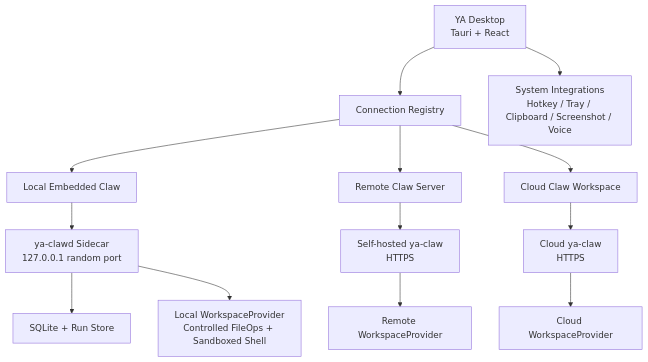
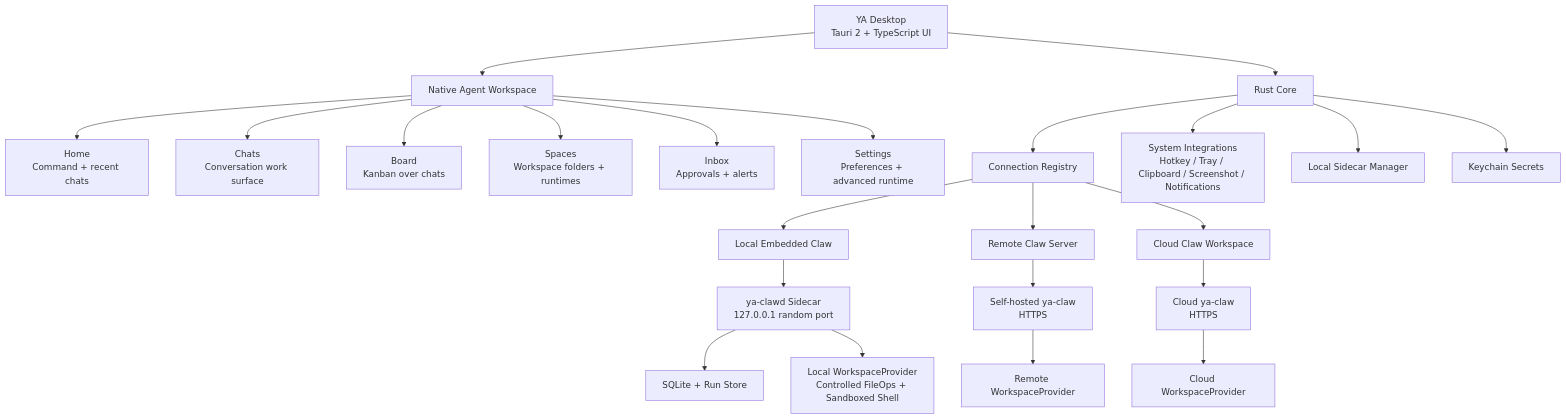
Before and after one commit to Alexsu26/ya-mono: the first of 2 diagrams in apps/ya-desktop/spec/00-overview.md, drawn with Mermaid. The commit also changed other lines of this file and 49 other files, not shown here.

First line of the commit message:
feat(desktop): add Tauri desktop app (#192)

````diff
--- a/apps/ya-desktop/spec/00-overview.md
+++ b/apps/ya-desktop/spec/00-overview.md
@@ -19,20 +23,31 @@
 ```mermaid
 flowchart TB
-    Desktop[YA Desktop<br/>Tauri + React] --> Registry[Connection Registry]
+    Desktop[YA Desktop<br/>Tauri 2 + TypeScript UI] --> Product[Native Agent Workspace]
+    Desktop --> RustCore[Rust Core]
+
+    Product --> Home[Home<br/>Command + recent chats]
+    Product --> Chats[Chats<br/>Conversation work surface]
+    Product --> Board[Board<br/>Kanban over chats]
+    Product --> Spaces[Spaces<br/>Workspace folders + runtimes]
+    Product --> Inbox[Inbox<br/>Approvals + alerts]
+    Product --> Settings[Settings<br/>Preferences + advanced runtime]
+
+    RustCore --> Registry[Connection Registry]
+    RustCore --> System[System Integrations<br/>Hotkey / Tray / Clipboard / Screenshot / Notifications]
+    RustCore --> SidecarManager[Local Sidecar Manager]
+    RustCore --> Keychain[Keychain Secrets]
 
     Registry --> LocalConn[Local Embedded Claw]
     Registry --> RemoteConn[Remote Claw Server]
     Registry --> CloudConn[Cloud Claw Workspace]
 
     LocalConn --> Sidecar[ya-clawd Sidecar<br/>127.0.0.1 random port]
     Sidecar --> LocalStore[SQLite + Run Store]
     Sidecar --> LocalWorkspace[Local WorkspaceProvider<br/>Controlled FileOps + Sandboxed Shell]
 
     RemoteConn --> RemoteClaw[Self-hosted ya-claw<br/>HTTPS]
     CloudConn --> CloudClaw[Cloud ya-claw<br/>HTTPS]
 
     RemoteClaw --> RemoteWorkspace[Remote WorkspaceProvider]
     CloudClaw --> CloudWorkspace[Cloud WorkspaceProvider]
-
-    Desktop --> System[System Integrations<br/>Hotkey / Tray / Clipboard / Screenshot / Voice]
 ```
````
